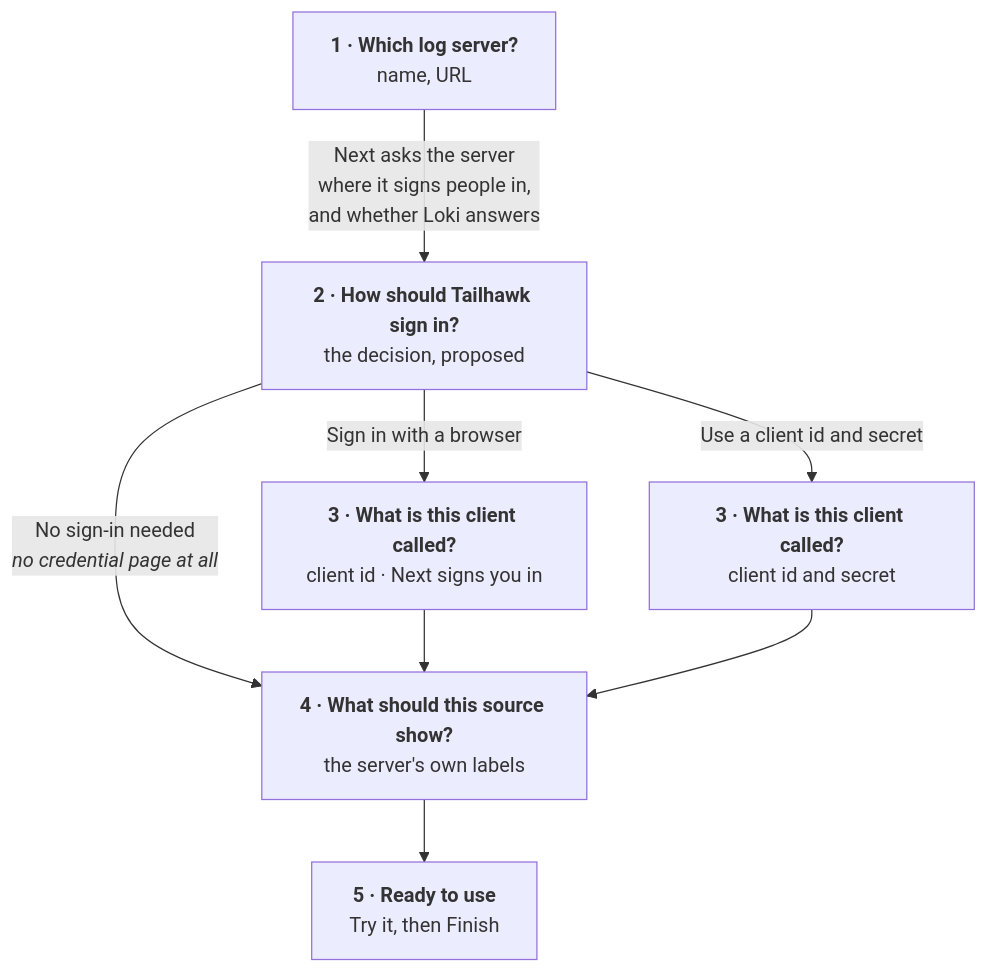
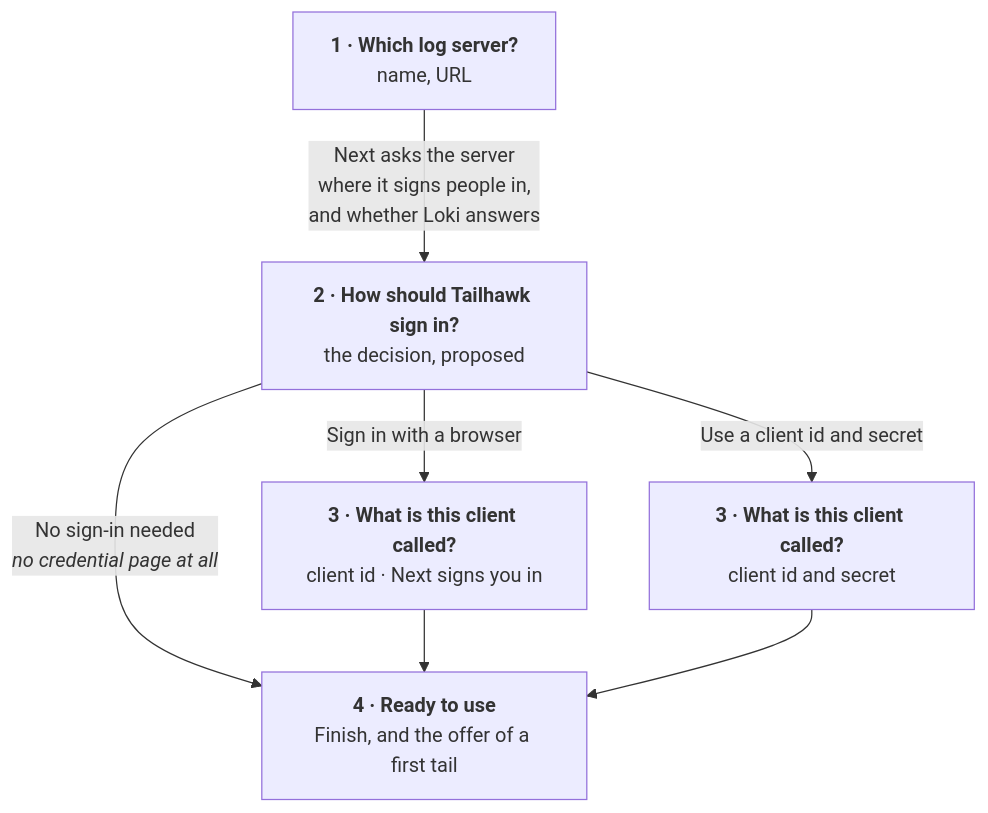
One commit to nigelbasel/tailhawk changed the diagram in docs/design/sources-wizard.md. Above: the diagram before and after it, drawn with Mermaid. The commit also changed other lines of this file and 7 other files, not shown here.

````diff
--- a/docs/design/sources-wizard.md
+++ b/docs/design/sources-wizard.md
@@ -49,17 +52,15 @@
 ```mermaid
 flowchart TD
     A["<b>1 · Which log server?</b><br/>name, URL"]
     B["<b>2 · How should Tailhawk sign in?</b><br/>the decision, proposed"]
     C1["<b>3 · What is this client called?</b><br/>client id · Next signs you in"]
     C2["<b>3 · What is this client called?</b><br/>client id and secret"]
-    D["<b>4 · What should this source show?</b><br/>the server's own labels"]
-    E["<b>5 · Ready to use</b><br/>Try it, then Finish"]
+    E["<b>4 · Ready to use</b><br/>Finish, and the offer of a first tail"]
 
     A -->|"Next asks the server<br/>where it signs people in,<br/>and whether Loki answers"| B
     B -->|"Sign in with a browser"| C1
     B -->|"Use a client id and secret"| C2
-    B -->|"No sign-in needed<br/><i>no credential page at all</i>"| D
-    C1 --> D
-    C2 --> D
-    D --> E
+    B -->|"No sign-in needed<br/><i>no credential page at all</i>"| E
+    C1 --> E
+    C2 --> E
 ```
````
